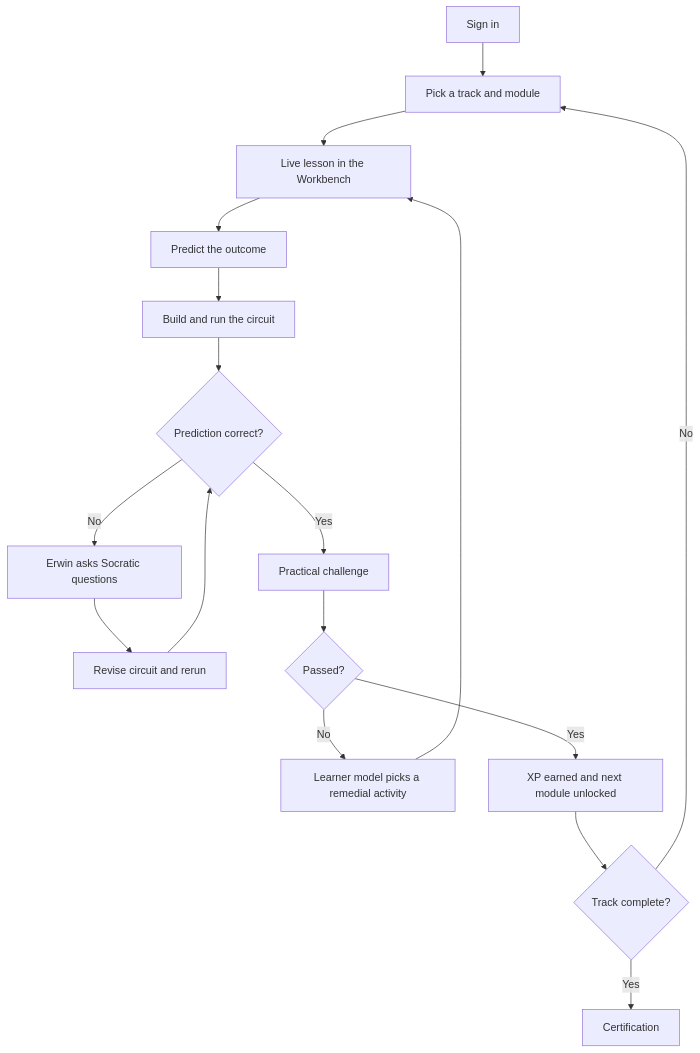
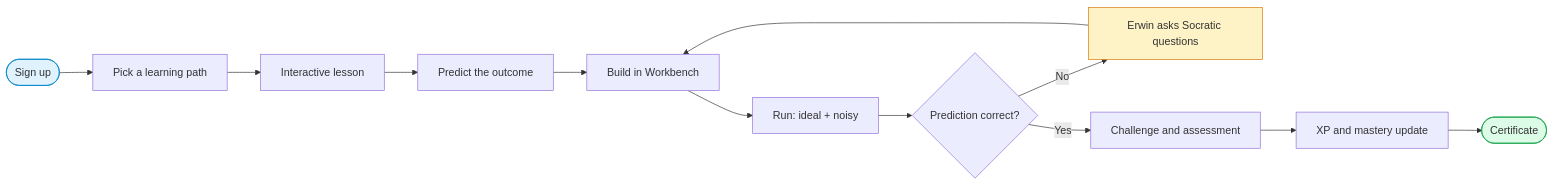
The first of 18 diagrams in README.md (aaruhyakumar2006/Qualution-), drawn with Mermaid before and after one commit. The commit also changed other lines of this file, not shown here.

````diff
--- a/README.md
+++ b/README.md
@@ -157,19 +125,18 @@
 ```mermaid
-flowchart TD
-    A["Sign in"] --> B["Pick a track and module"]
-    B --> C["Live lesson in the Workbench"]
-    C --> D["Predict the outcome"]
-    D --> E["Build and run the circuit"]
-    E --> F{"Prediction correct?"}
-    F -- "Yes" --> G["Practical challenge"]
-    F -- "No" --> H["Erwin asks Socratic questions"]
-    H --> I["Revise circuit and rerun"]
-    I --> F
-    G --> J{"Passed?"}
-    J -- "No" --> K["Learner model picks a remedial activity"]
-    K --> C
-    J -- "Yes" --> L["XP earned and next module unlocked"]
-    L --> M{"Track complete?"}
-    M -- "No" --> B
-    M -- "Yes" --> N["Certification"]
+flowchart LR
+    A([Sign up]) --> B[Pick a learning path]
+    B --> C[Interactive lesson]
+    C --> D[Predict the outcome]
+    D --> E[Build in Workbench]
+    E --> F[Run: ideal + noisy]
+    F --> G{Prediction correct?}
+    G -- No --> H[Erwin asks Socratic questions]
+    H --> E
+    G -- Yes --> I[Challenge and assessment]
+    I --> J[XP and mastery update]
+    J --> K([Certificate])
+
+    style A fill:#e0f2fe,stroke:#0284c7
+    style K fill:#dcfce7,stroke:#16a34a
+    style H fill:#fef3c7,stroke:#d97706
 ```
````
